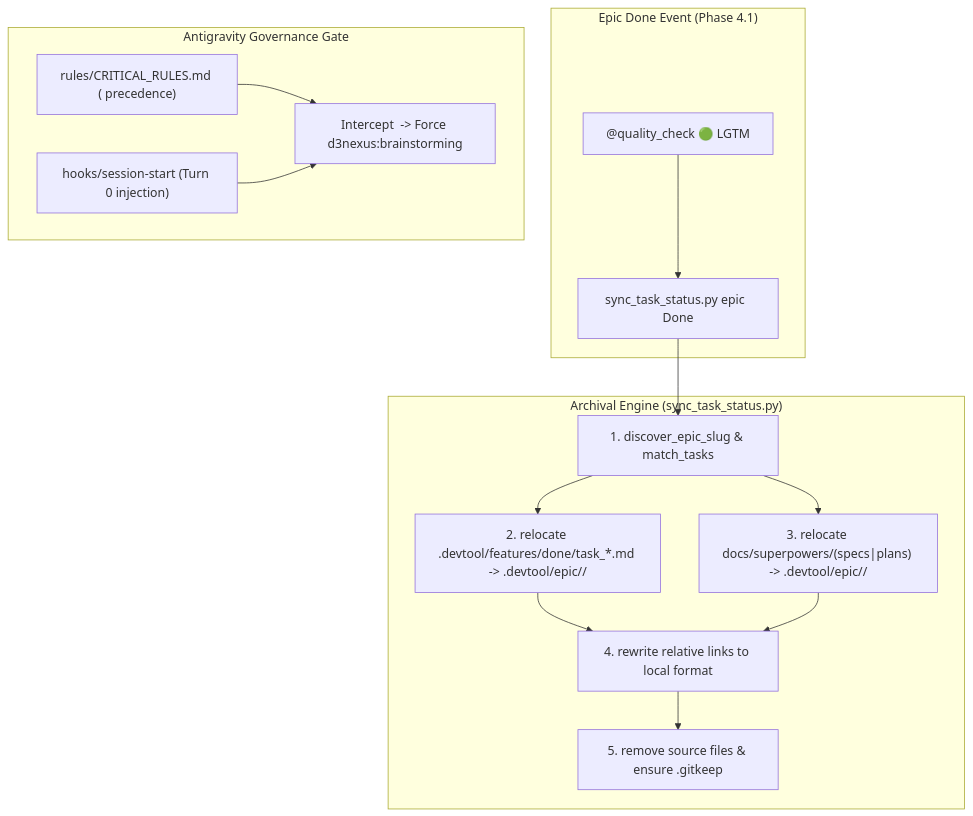
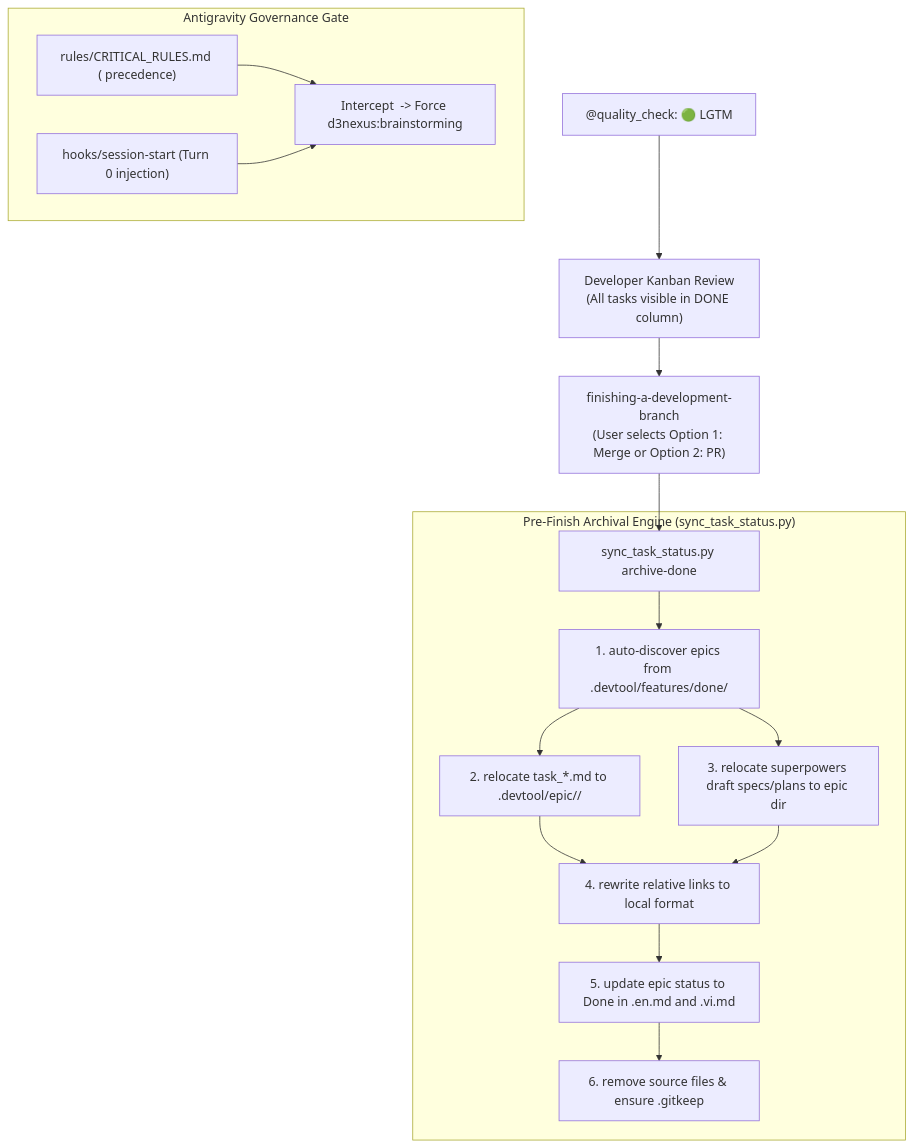
Before and after one commit to DanhDue/ai-agent-tools: the first of 3 diagrams in .devtool/epic/epic_archival_and_planning_gate/epic_archival_and_planning_gate.en.md, drawn with Mermaid. The commit also changed other lines of this file and 7 other files, not shown here.

First line of the commit message:
[EPIC_ARCHIVAL_AND_PLANNING_GATE] Integrate Pre-Finish Archival Hook and Kanban Review State

````diff
--- a/.devtool/epic/epic_archival_and_planning_gate/epic_archival_and_planning_gate.en.md
+++ b/.devtool/epic/epic_archival_and_planning_gate/epic_archival_and_planning_gate.en.md
@@ -39,32 +39,36 @@
 ```mermaid
 graph TD
-    subgraph TRIGGER["Epic Done Event (Phase 4.1)"]
-        QC["@quality_check 🟢 LGTM"]
-        SYNC_CLI["sync_task_status.py epic <epic_dir> Done"]
-    end
+    QC["@quality_check: 🟢 LGTM"]
+    REVIEW["Developer Kanban Review<br/>(All tasks visible in DONE column)"]
+    FINISH["finishing-a-development-branch<br/>(User selects Option 1: Merge or Option 2: PR)"]
 
-    subgraph ENGINE["Archival Engine (sync_task_status.py)"]
-        DISCOVER["1. discover_epic_slug & match_tasks"]
-        MOVE_TASKS["2. relocate .devtool/features/done/task_*.md -> .devtool/epic/<epic_dir>/"]
-        MOVE_DOCS["3. relocate docs/superpowers/(specs|plans) -> .devtool/epic/<epic_dir>/"]
+    subgraph ARCHIVAL["Pre-Finish Archival Engine (sync_task_status.py)"]
+        SYNC_CLI["sync_task_status.py archive-done"]
+        DISCOVER["1. auto-discover epics from .devtool/features/done/"]
+        MOVE_TASKS["2. relocate task_*.md to .devtool/epic/<epic_dir>/"]
+        MOVE_DOCS["3. relocate superpowers draft specs/plans to epic dir"]
         REWRITE["4. rewrite relative links to local format"]
-        CLEAN["5. remove source files & ensure .gitkeep"]
+        STATUS_DONE["5. update epic status to Done in .en.md and .vi.md"]
+        CLEAN["6. remove source files & ensure .gitkeep"]
     end
 
     subgraph GOVERNANCE["Antigravity Governance Gate"]
         RULES["rules/CRITICAL_RULES.md (<user_rules> precedence)"]
         HOOK["hooks/session-start (Turn 0 injection)"]
         INTERCEPT["Intercept <planning_mode> -> Force d3nexus:brainstorming"]
     end
 
-    QC --> SYNC_CLI
+    QC --> REVIEW
+    REVIEW --> FINISH
+    FINISH --> SYNC_CLI
     SYNC_CLI --> DISCOVER
     DISCOVER --> MOVE_TASKS
     DISCOVER --> MOVE_DOCS
     MOVE_TASKS --> REWRITE
     MOVE_DOCS --> REWRITE
-    REWRITE --> CLEAN
+    REWRITE --> STATUS_DONE
+    STATUS_DONE --> CLEAN
 
     RULES --> INTERCEPT
     HOOK --> INTERCEPT
 ```
````
